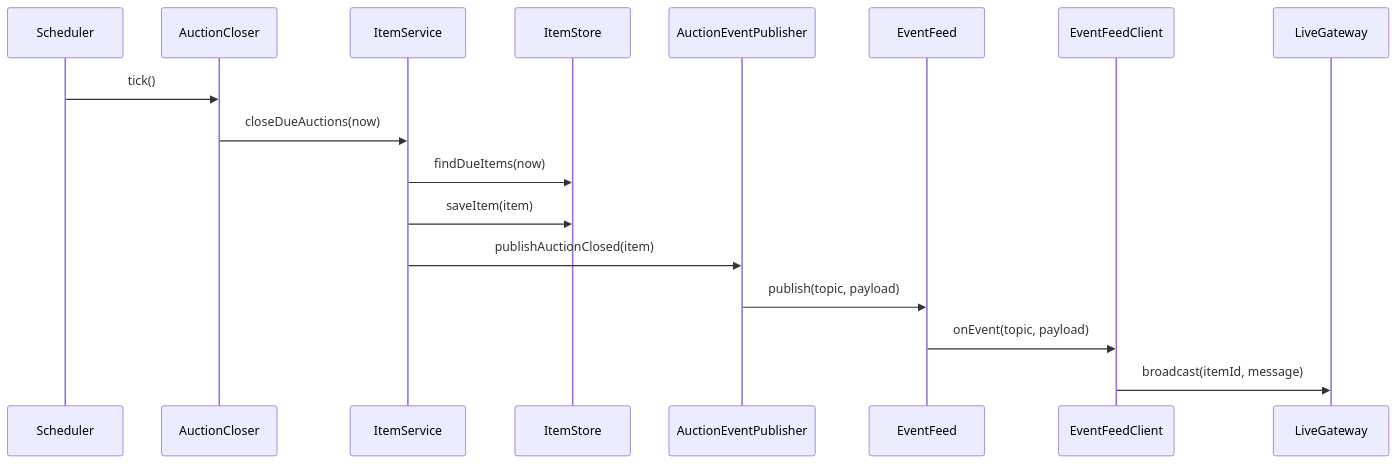
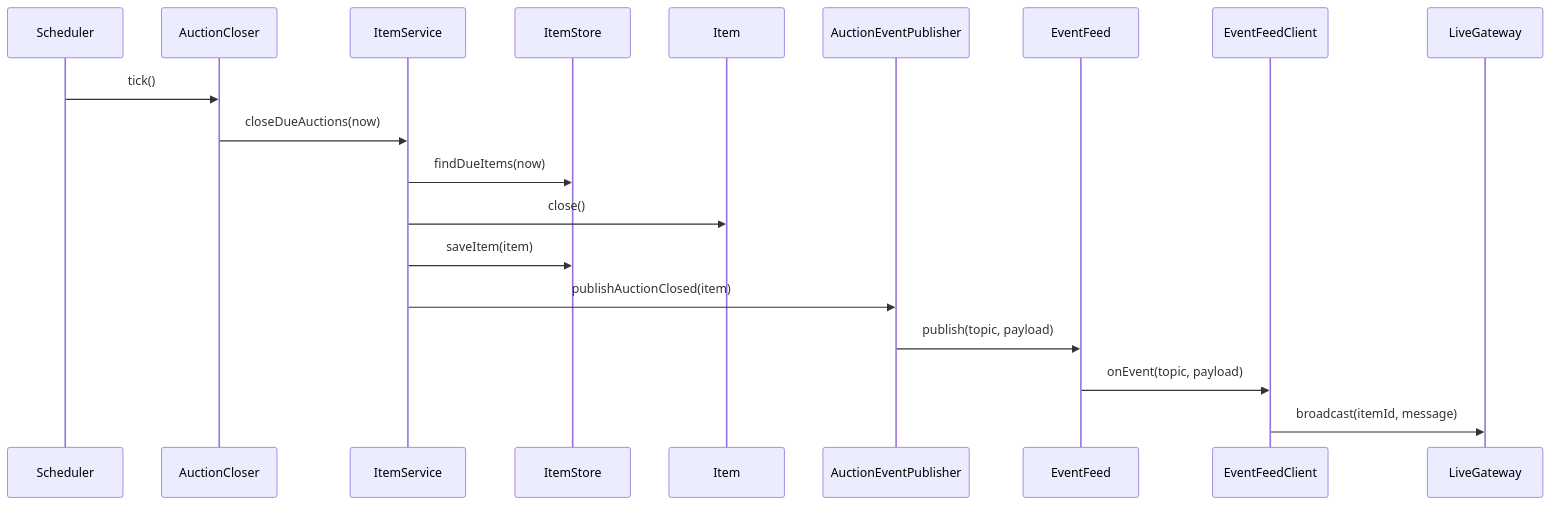
The seventh of 9 diagrams in showcases/auction/docs/design.md (Benjam1nP/AISE), drawn with Mermaid before and after one commit. The commit also changed other lines of this file and 84 other files, not shown here.

````diff
--- a/showcases/auction/docs/design.md
+++ b/showcases/auction/docs/design.md
@@ -281,19 +302,21 @@
 ```mermaid
 sequenceDiagram
   participant ACT_003 as Scheduler
   participant DSN_024 as AuctionCloser
   participant DSN_022 as ItemService
   participant DSN_029 as ItemStore
+  participant DSN_015 as Item
   participant DSN_030 as AuctionEventPublisher
   participant DSN_034 as EventFeed
   participant DSN_032 as EventFeedClient
   participant DSN_033 as LiveGateway
   ACT_003->>DSN_024: tick()
   DSN_024->>DSN_022: closeDueAuctions(now)
   DSN_022->>DSN_029: findDueItems(now)
+  DSN_022->>DSN_015: close()
   DSN_022->>DSN_029: saveItem(item)
   DSN_022->>DSN_030: publishAuctionClosed(item)
   DSN_030->>DSN_034: publish(topic, payload)
   DSN_034->>DSN_032: onEvent(topic, payload)
   DSN_032->>DSN_033: broadcast(itemId, message)
 ```
````
